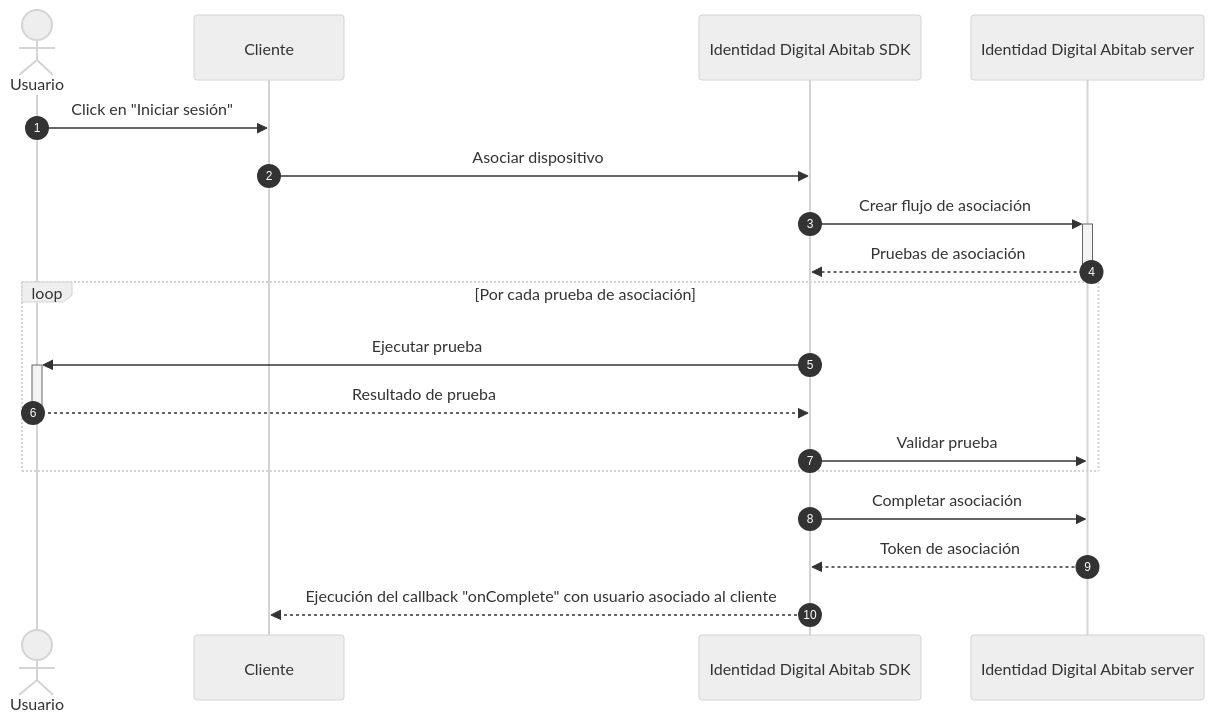
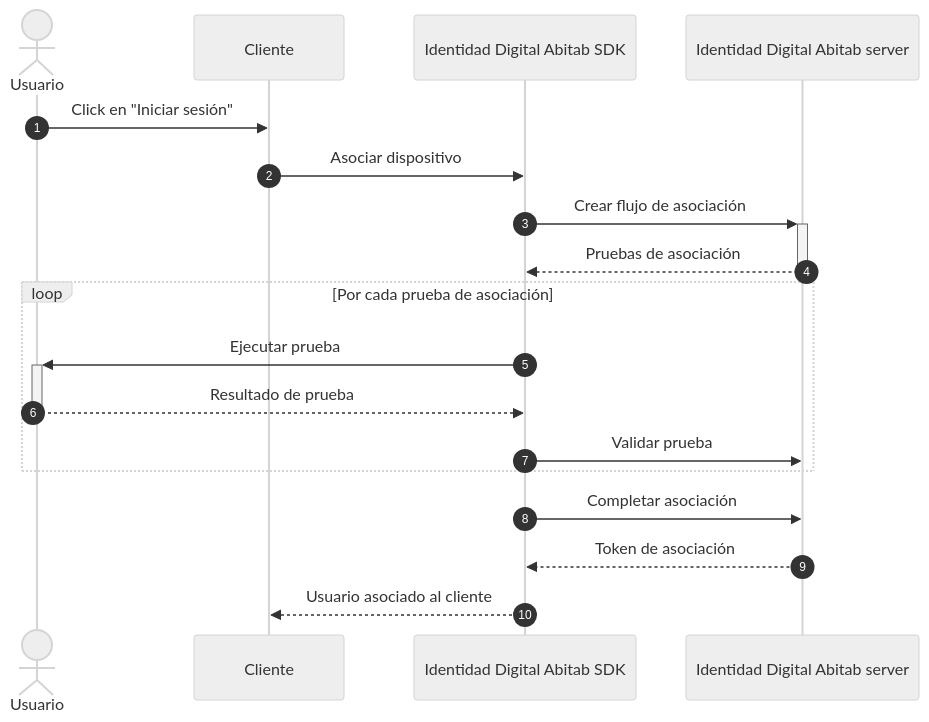
One commit to IDDigital-Abitab/sdk-documentation changed the diagram in docs/flows/asociation-flow.md. Above: the diagram before and after it, drawn with Mermaid (neutral theme). The commit also changed other lines of this file and 5 other files, not shown here.

````diff
--- a/docs/flows/asociation-flow.md
+++ b/docs/flows/asociation-flow.md
@@ -5,23 +8,23 @@
 ```mermaid
 sequenceDiagram
   autonumber
   actor U as Usuario
   participant C as Cliente
   participant SDK as Identidad Digital Abitab SDK
   participant S as Identidad Digital Abitab server
 
   U->>C: Click en "Iniciar sesión"
   C->>SDK: Asociar dispositivo
   SDK->>+S: Crear flujo de asociación
   S-->>-SDK: Pruebas de asociación
 
   loop Por cada prueba de asociación
       SDK->>+U: Ejecutar prueba
       U-->>-SDK: Resultado de prueba
       SDK->>S: Validar prueba
   end
 
   SDK->>S: Completar asociación
   S-->>SDK: Token de asociación
-  SDK-->>C: Ejecución del callback "onComplete" con usuario asociado al cliente
+  SDK-->>C: Usuario asociado al cliente
 ```
````
